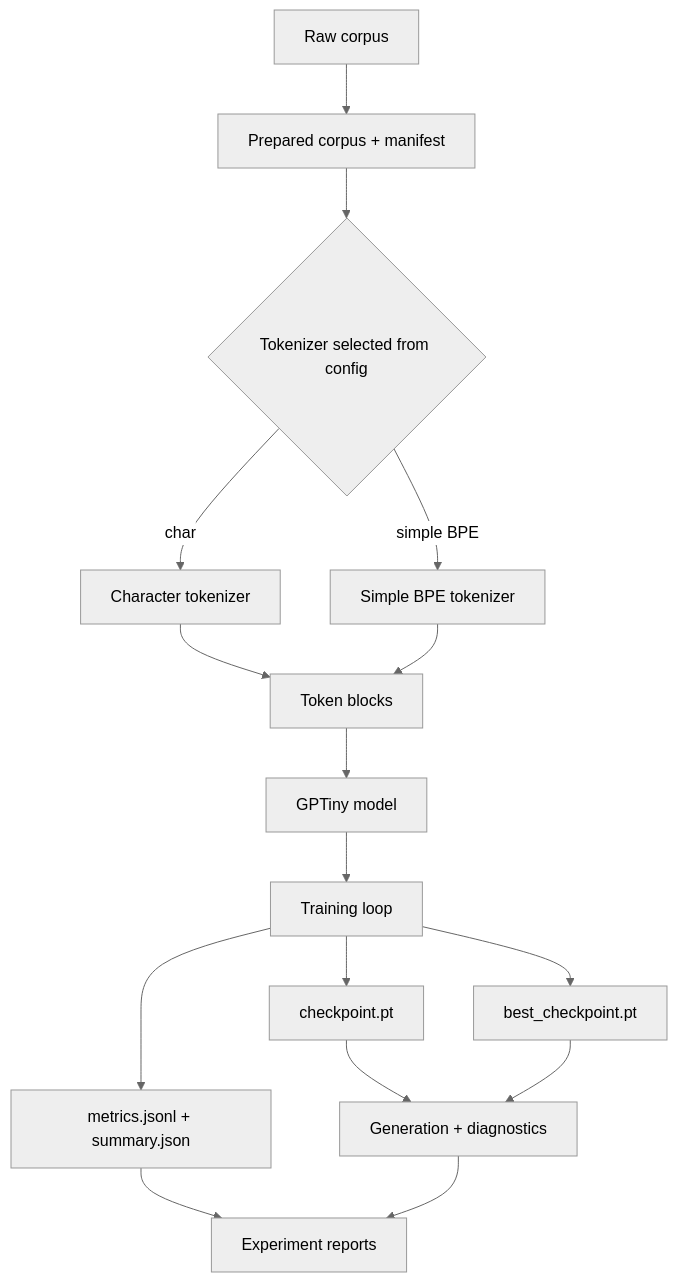
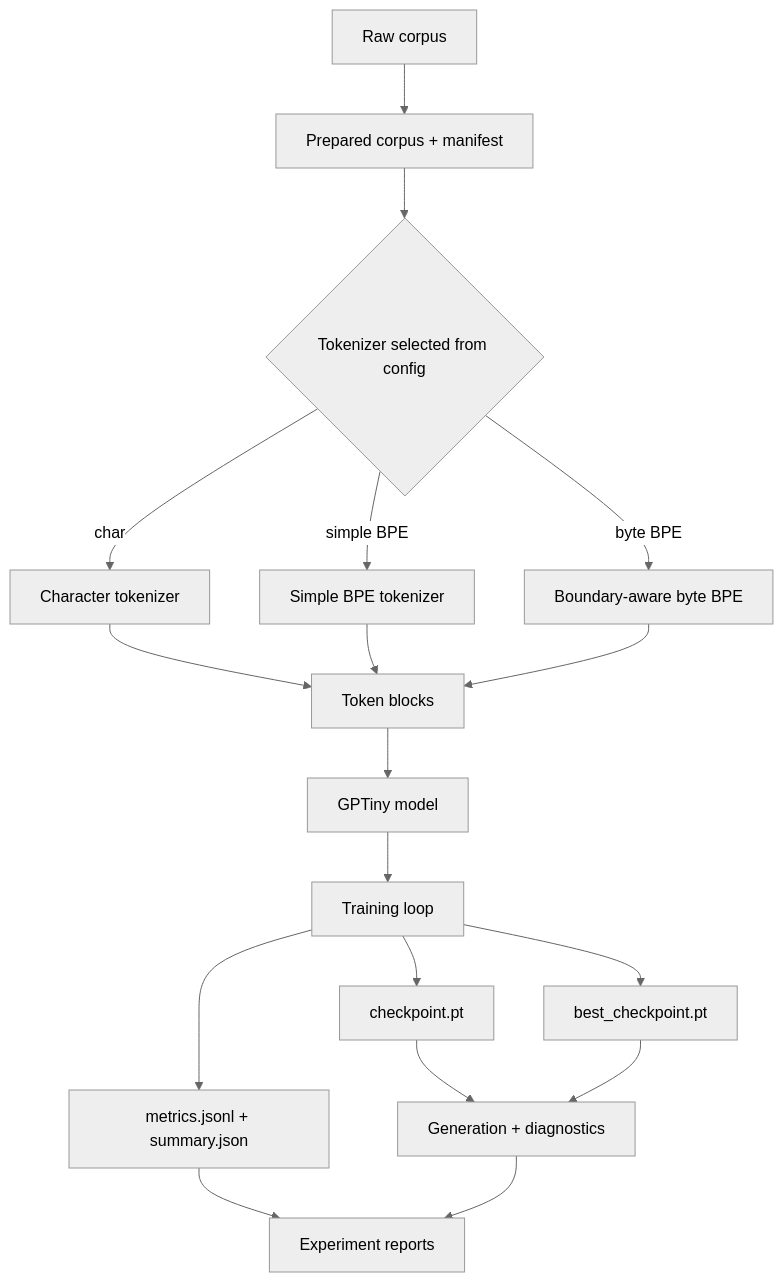
Before and after one commit to almondsun/smallm: the diagram in docs/architecture.md, drawn with Mermaid (neutral theme). The commit also changed other lines of this file and 22 other files, not shown here.

Commit message:
Add boundary-aware byte BPE milestone

````diff
--- a/docs/architecture.md
+++ b/docs/architecture.md
@@ -9,18 +9,20 @@
 ```mermaid
 flowchart TD
     A[Raw corpus] --> B[Prepared corpus + manifest]
     B --> C{Tokenizer selected from config}
     C -->|char| D[Character tokenizer]
     C -->|simple BPE| E[Simple BPE tokenizer]
+    C -->|byte BPE| N[Boundary-aware byte BPE]
     D --> F[Token blocks]
     E --> F
+    N --> F
     F --> G[GPTiny model]
     G --> H[Training loop]
     H --> I[checkpoint.pt]
     H --> J[best_checkpoint.pt]
     H --> K[metrics.jsonl + summary.json]
     I --> L[Generation + diagnostics]
     J --> L
     K --> M[Experiment reports]
     L --> M
 ```
````
